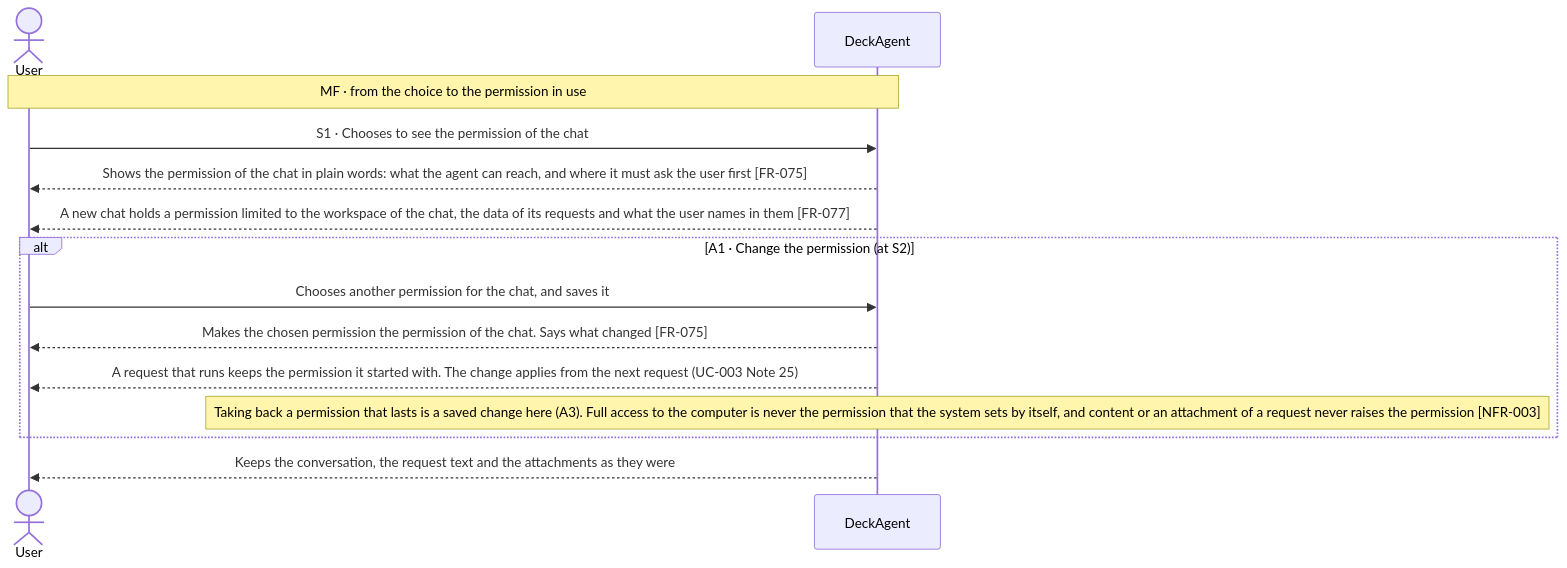
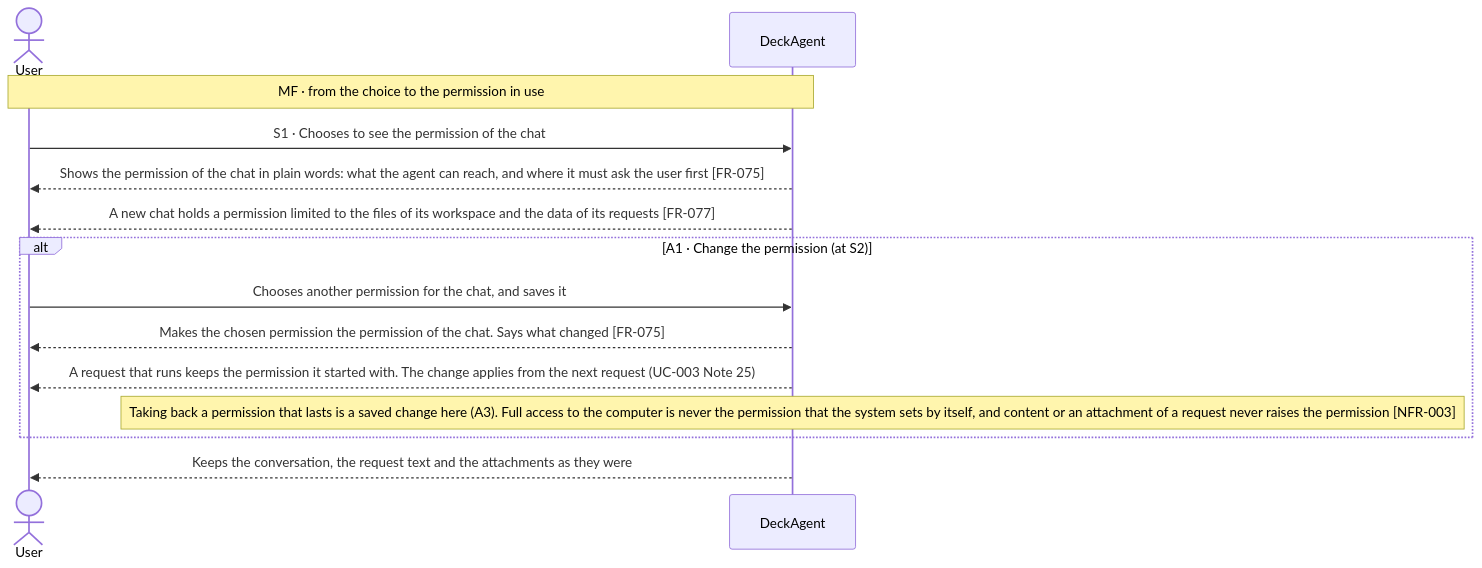
One commit to Luke23127006/DeckAgent changed the first of 2 diagrams in docs/spec/03-use-cases/UC-014.md. Above: the diagram before and after it, drawn with Mermaid. The commit also changed other lines of this file and 19 other files, not shown here.

Commit message:
docs(spec): fix permission boundary, diagram branches and spec cleanup

````diff
--- a/docs/spec/03-use-cases/UC-014.md
+++ b/docs/spec/03-use-cases/UC-014.md
@@ -41,16 +43,16 @@
 ```mermaid
 sequenceDiagram
     actor User
     participant DeckAgent
     Note over User,DeckAgent: MF · from the choice to the permission in use
     User->>DeckAgent: S1 · Chooses to see the permission of the chat
     DeckAgent-->>User: Shows the permission of the chat in plain words: what the agent can reach, and where it must ask the user first [FR-075]
-    DeckAgent-->>User: A new chat holds a permission limited to the workspace of the chat, the data of its requests and what the user names in them [FR-077]
+    DeckAgent-->>User: A new chat holds a permission limited to the files of its workspace and the data of its requests [FR-077]
     alt A1 · Change the permission (at S2)
         User->>DeckAgent: Chooses another permission for the chat, and saves it
         DeckAgent-->>User: Makes the chosen permission the permission of the chat. Says what changed [FR-075]
         DeckAgent-->>User: A request that runs keeps the permission it started with. The change applies from the next request (UC-003 Note 25)
         note over DeckAgent: Taking back a permission that lasts is a saved change here (A3). Full access to the computer is never the permission that the system sets by itself, and content or an attachment of a request never raises the permission [NFR-003]
     end
     DeckAgent-->>User: Keeps the conversation, the request text and the attachments as they were
 ```
````
